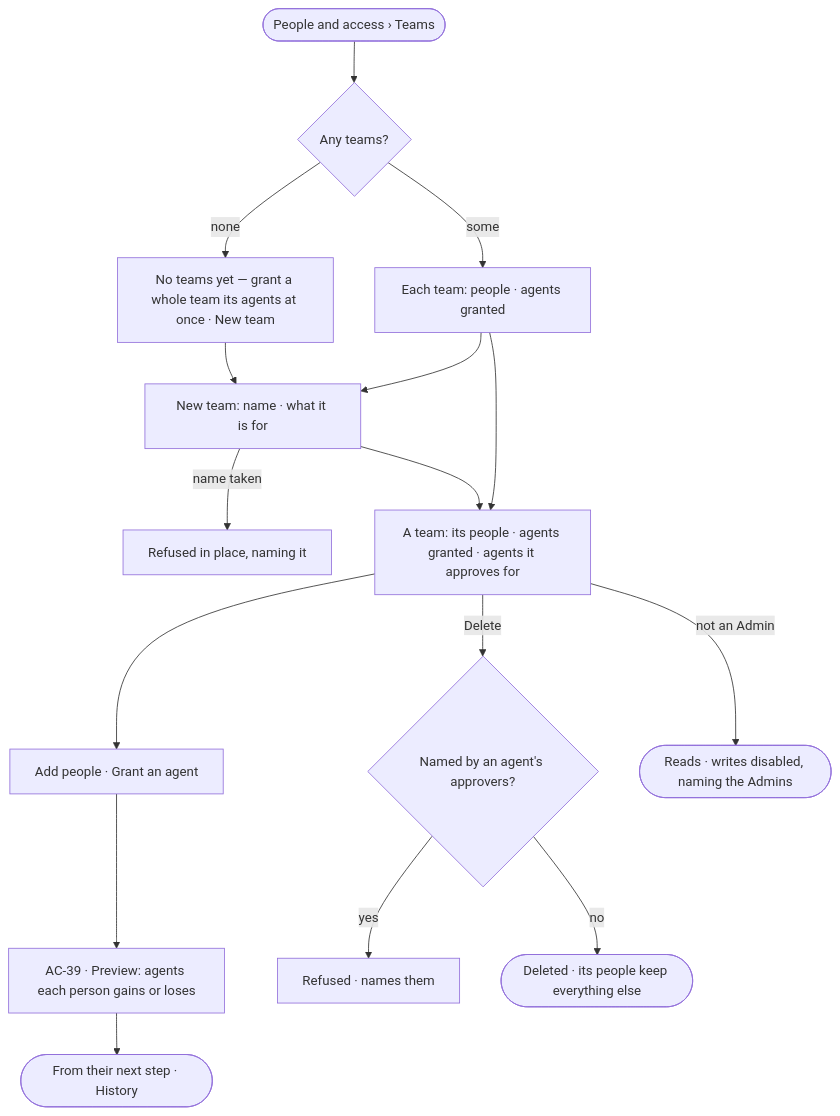
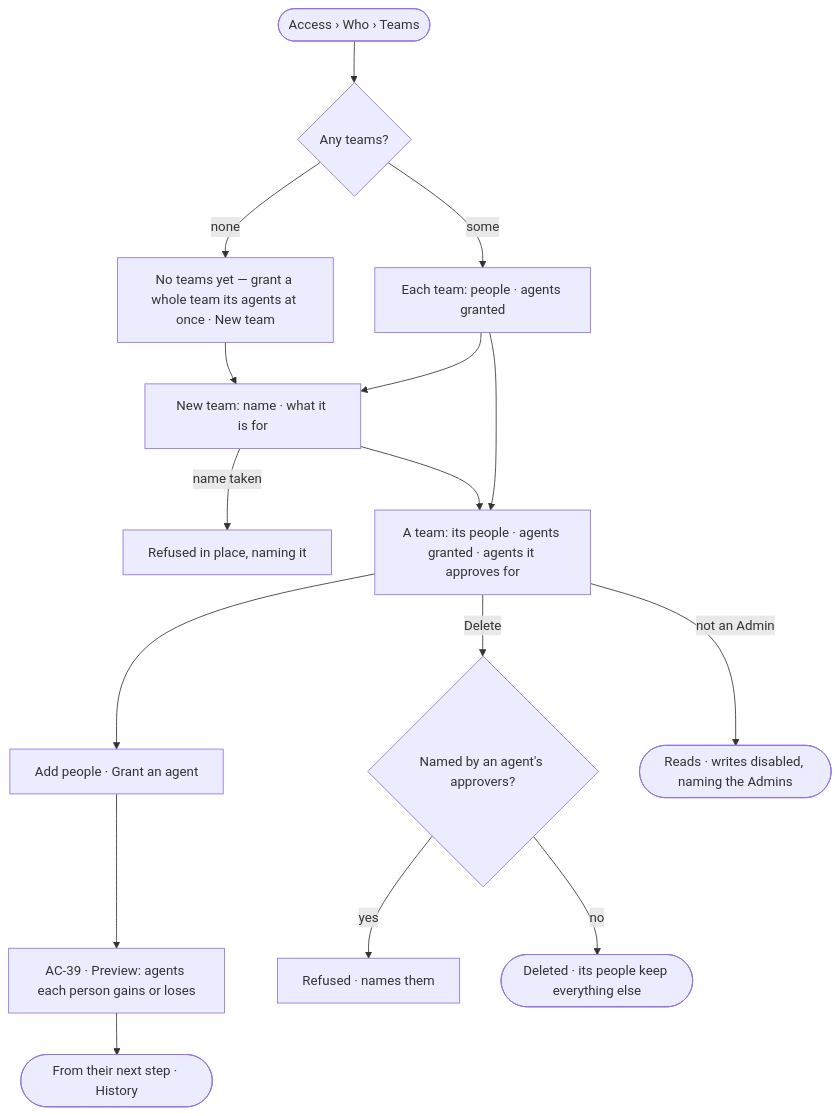
One commit to invana/invana changed the diagram in specs/os/access/features/AC-F03-directory/stories/AC-09-make-teams-and-put-people-on-them/story.md. Above: the diagram before and after it, drawn with Mermaid. The commit also changed 133 other files, not shown here.

````diff
--- a/specs/os/access/features/AC-F03-directory/stories/AC-09-make-teams-and-put-people-on-them/story.md
+++ b/specs/os/access/features/AC-F03-directory/stories/AC-09-make-teams-and-put-people-on-them/story.md
@@ -26,16 +26,16 @@
 ```mermaid
 flowchart TD
-  p([People and access › Teams]) --> t{"Any teams?"}
+  p([Access › Who › Teams]) --> t{"Any teams?"}
   t -->|none| e["No teams yet — grant a whole team its agents at once · New team"]
   t -->|some| l["Each team: people · agents granted"]
   e --> n["New team: name · what it is for"]
   l --> n
   n -->|name taken| tn["Refused in place, naming it"]
   n --> one["A team: its people · agents granted · agents it approves for"]
   l --> one
   one --> add["Add people · Grant an agent"] --> pv["AC-39 · Preview: agents each person gains or loses"] --> next(["From their next step · History"])
   one -->|Delete| d{"Named by an agent's approvers?"}
   d -->|yes| dn["Refused · names them"]
   d -->|no| gone(["Deleted · its people keep everything else"])
   one -->|not an Admin| ro(["Reads · writes disabled, naming the Admins"])
 ```
````
